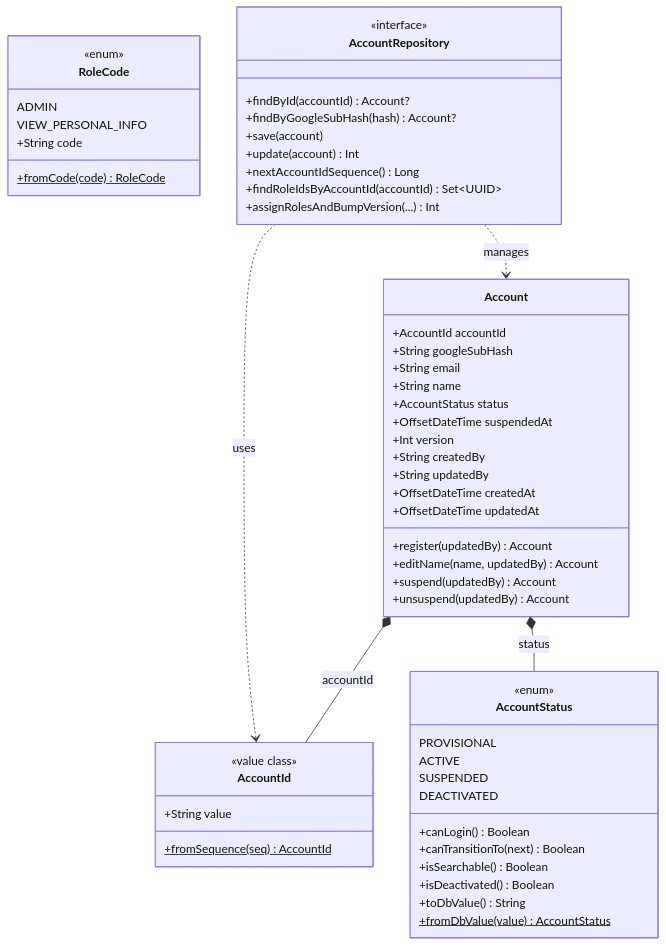
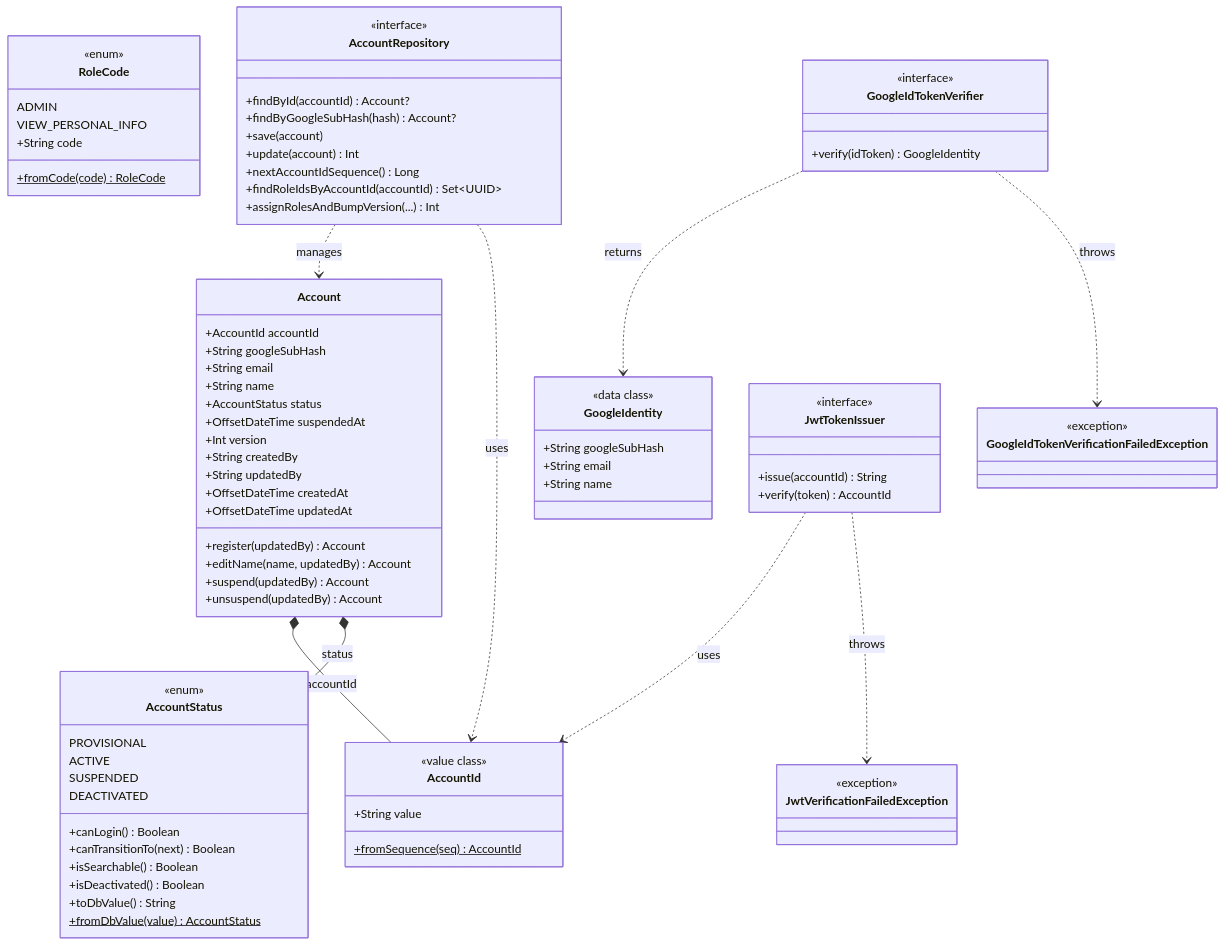
One commit to OkochiDesu/kakehashi-api changed the first of 2 diagrams in src/main/kotlin/com/kakehashi/domain/account/README.md. Above: the diagram before and after it, drawn with Mermaid. The commit also changed other lines of this file and 38 other files, not shown here.

````diff
--- a/src/main/kotlin/com/kakehashi/domain/account/README.md
+++ b/src/main/kotlin/com/kakehashi/domain/account/README.md
@@ -68,8 +68,38 @@
         +assignRolesAndBumpVersion(...) Int
     }
 
+    class GoogleIdTokenVerifier {
+        <<interface>>
+        +verify(idToken) GoogleIdentity
+    }
+
+    class GoogleIdentity {
+        <<data class>>
+        +String googleSubHash
+        +String email
+        +String name
+    }
+
+    class GoogleIdTokenVerificationFailedException {
+        <<exception>>
+    }
+
+    class JwtTokenIssuer {
+        <<interface>>
+        +issue(accountId) String
+        +verify(token) AccountId
+    }
+
+    class JwtVerificationFailedException {
+        <<exception>>
+    }
+
     Account *-- AccountId : accountId
     Account *-- AccountStatus : status
     AccountRepository ..> Account : manages
     AccountRepository ..> AccountId : uses
+    GoogleIdTokenVerifier ..> GoogleIdentity : returns
+    GoogleIdTokenVerifier ..> GoogleIdTokenVerificationFailedException : throws
+    JwtTokenIssuer ..> AccountId : uses
+    JwtTokenIssuer ..> JwtVerificationFailedException : throws
 ```
````
